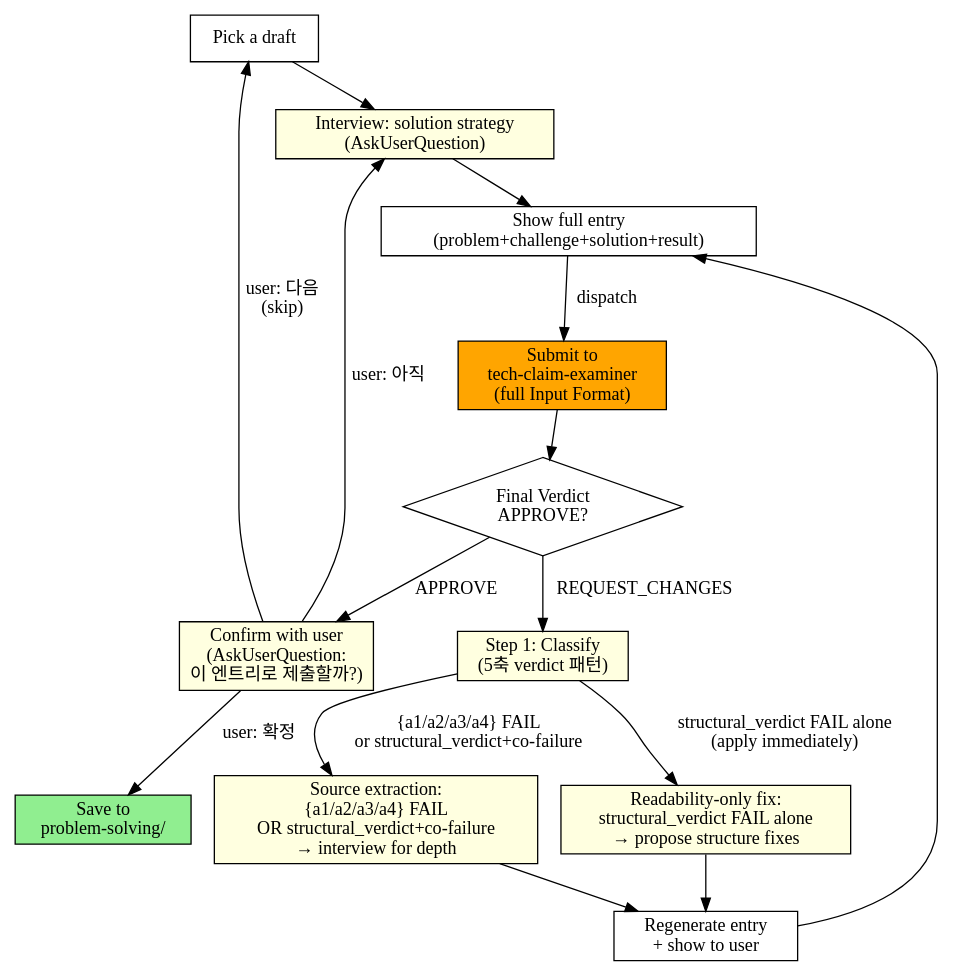
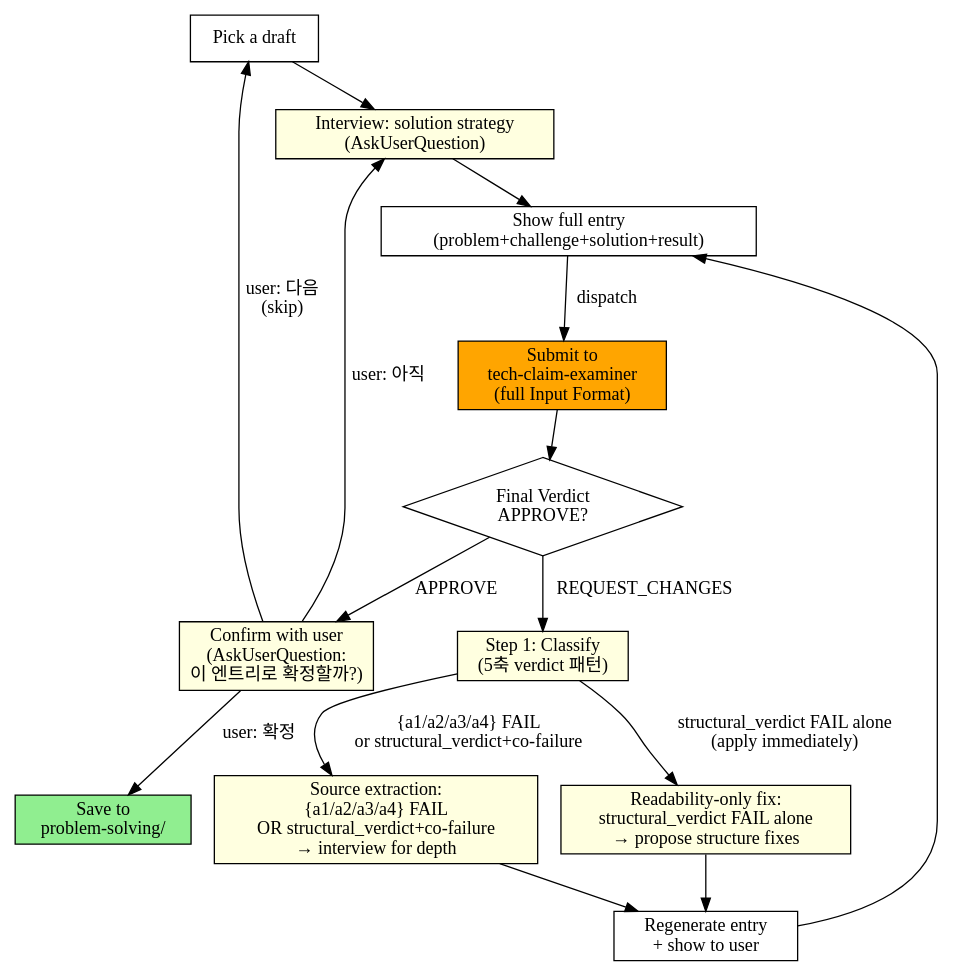
One commit to toongri/oh-my-toong-playground changed the third of 3 diagrams in skills/resume-forge/SKILL.md. Above: the diagram before and after it, drawn with Graphviz. The commit also changed other lines of this file, not shown here.

Commit message:
fix(resume-forge): P1-9 Loop 2 confirm timing 재표현

````diff
--- a/skills/resume-forge/SKILL.md
+++ b/skills/resume-forge/SKILL.md
@@ -113,31 +113,31 @@
 ```dot
 digraph loop2 {
     rankdir=TB;
     pick [shape=box, label="Pick a draft"];
     interview [shape=box, label="Interview: solution strategy\n(AskUserQuestion)", style=filled, fillcolor=lightyellow];
     show [shape=box, label="Show full entry\n(problem+challenge+solution+result)"];
-    confirm [shape=box, label="Confirm with user\n(AskUserQuestion:\n이 엔트리로 제출할까?)", style=filled, fillcolor=lightyellow];
+    confirm [shape=box, label="Confirm with user\n(AskUserQuestion:\n이 엔트리로 확정할까?)", style=filled, fillcolor=lightyellow];
     exam [shape=box, label="Submit to\ntech-claim-examiner\n(full Input Format)", style=filled, fillcolor=orange];
     check [shape=diamond, label="Final Verdict\nAPPROVE?"];
     save [shape=box, label="Save to\nproblem-solving/", style=filled, fillcolor=lightgreen];
     e_fail [shape=box, label="Source extraction:\n{a1/a2/a3/a4} FAIL\nOR structural_verdict+co-failure\n→ interview for depth", style=filled, fillcolor=lightyellow];
     r_fail [shape=box, label="Readability-only fix:\nstructural_verdict FAIL alone\n→ propose structure fixes", style=filled, fillcolor=lightyellow];
     revise [shape=box, label="Regenerate entry\n+ show to user"];
 
     pick -> interview;
     interview -> show;
     show -> exam [label="dispatch"];
     exam -> check;
     check -> confirm [label="APPROVE"];
     check -> classify [label="REQUEST_CHANGES"];
     confirm -> save [label="user: 확정"];
     confirm -> interview [label="user: 아직"];
     confirm -> pick [label="user: 다음\n(skip)"];
     classify [shape=box, label="Step 1: Classify\n(5축 verdict 패턴)", style=filled, fillcolor=lightyellow];
     classify -> r_fail [label="structural_verdict FAIL alone\n(apply immediately)"];
     classify -> e_fail [label="{a1/a2/a3/a4} FAIL\nor structural_verdict+co-failure"];
     e_fail -> revise;
     r_fail -> revise;
     revise -> show;
 }
 ```
````
